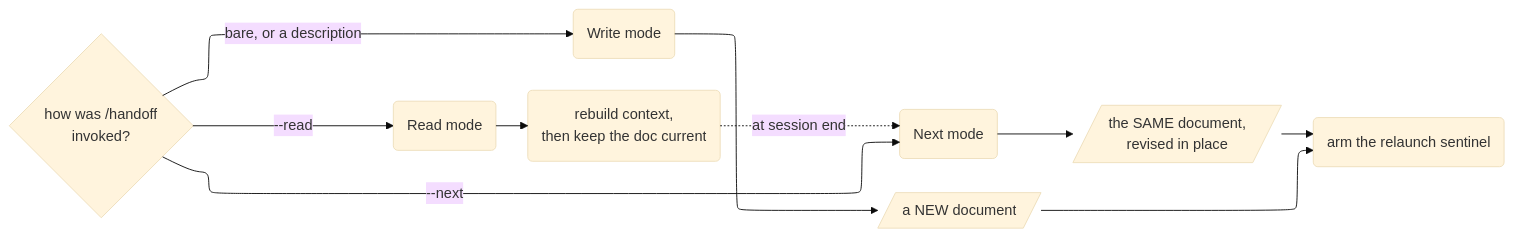
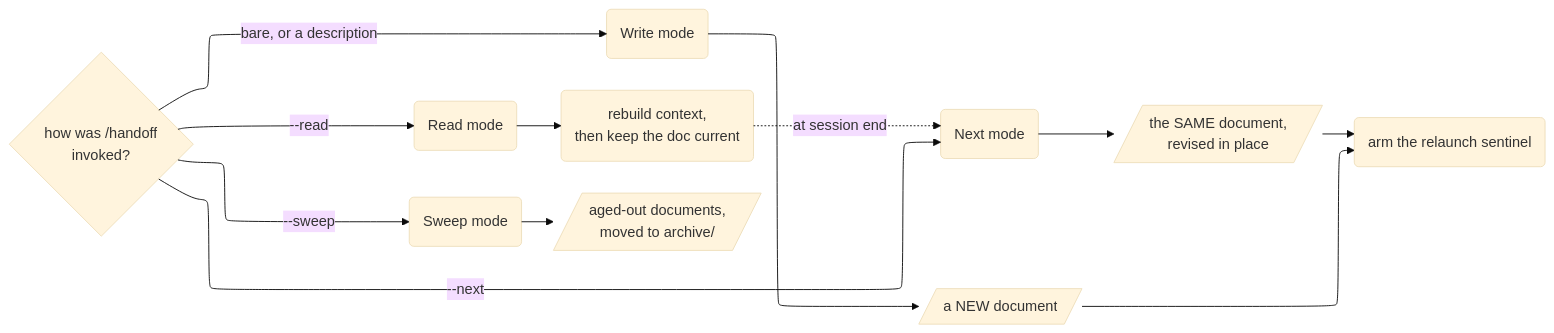
Before and after one commit to agentience/agentience-skills: the diagram in skills/handoff/diagrams/modes.mmd, drawn with Mermaid (base theme). The commit also changed 17 other files, not shown here.

```diff
--- a/skills/handoff/diagrams/modes.mmd
+++ b/skills/handoff/diagrams/modes.mmd
@@ -1,18 +1,19 @@
 ---
 config:
   layout: elk
 ---
 flowchart LR
     args{"how was /handoff<br/>invoked?"}
     args -->|"--read"| read("Read mode")
     args -->|"--next"| next("Next mode")
+    args -->|"--sweep"| sweep("Sweep mode")
     args -->|"bare, or a description"| write("Write mode")
 
     write --> newdoc[/"a NEW document"/]
     next --> samedoc[/"the SAME document,<br/>revised in place"/]
     read --> resume("rebuild context,<br/>then keep the doc current")
+    sweep --> archived[/"aged-out documents,<br/>moved to archive/"/]
 
     newdoc --> arm("arm the relaunch sentinel")
     samedoc --> arm
     resume -.->|"at session end"| next
-    classDef external stroke-dasharray:4 3
```
